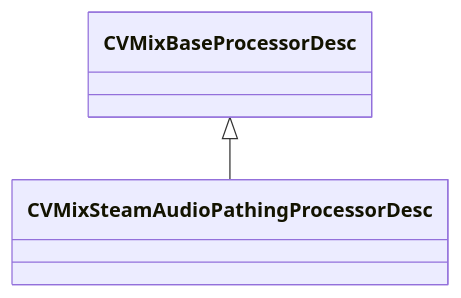
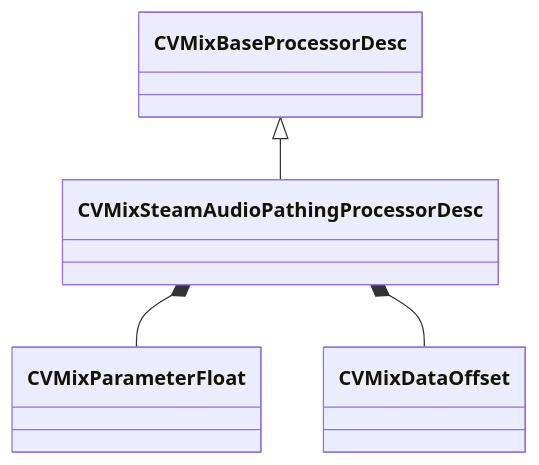
Before and after one commit to CS2OpenDev/CS2OpenDev-Docs: the diagram in docs/generated/schemas/soundsystem_lowlevel/CVMixSteamAudioPathingProcessorDesc.md, drawn with Mermaid. The commit also changed other lines of this file and 4654 other files, not shown here.

Commit message:
docs: regenerate for SchemaTracker build 25947352 [skip ci]

````diff
--- a/docs/generated/schemas/soundsystem_lowlevel/CVMixSteamAudioPathingProcessorDesc.md
+++ b/docs/generated/schemas/soundsystem_lowlevel/CVMixSteamAudioPathingProcessorDesc.md
@@ -19,4 +19,6 @@
 ```mermaid
 classDiagram
     CVMixBaseProcessorDesc <|-- CVMixSteamAudioPathingProcessorDesc
+    CVMixSteamAudioPathingProcessorDesc *-- CVMixParameterFloat
+    CVMixSteamAudioPathingProcessorDesc *-- CVMixDataOffset
 ```
````
